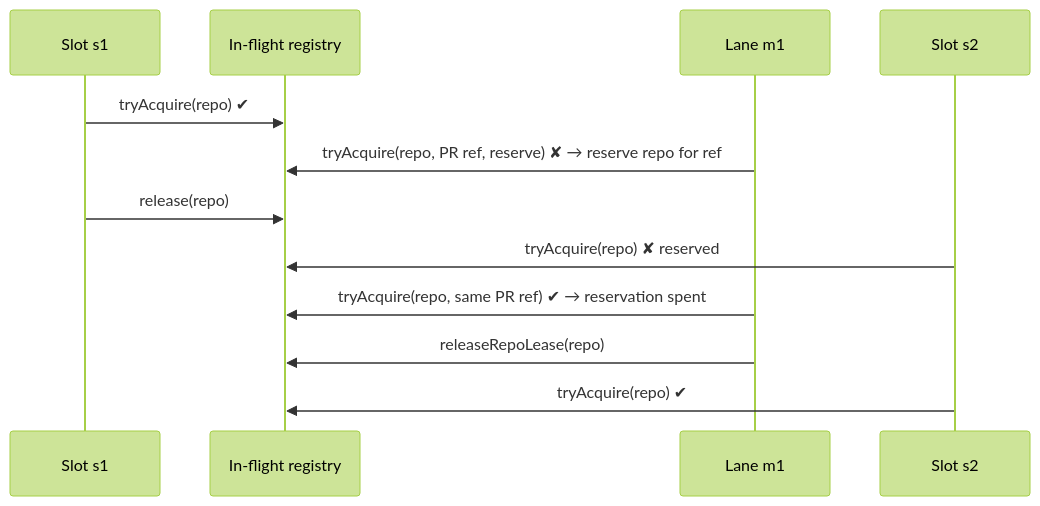
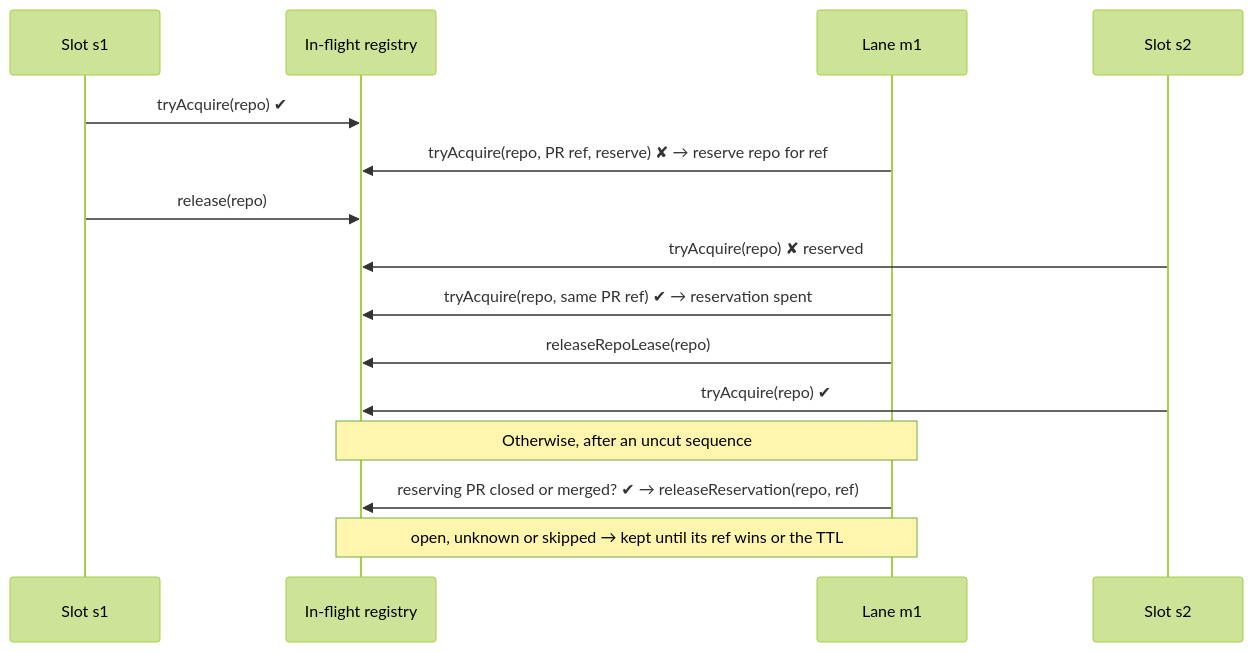
The fourth of 5 diagrams in docs/workflows/README.md (stSoftwareAU/VibeCoder), drawn with Mermaid (forest theme) before and after one commit. The commit also changed other lines of this file and 8 other files, not shown here.

````diff
--- a/docs/workflows/README.md
+++ b/docs/workflows/README.md
@@ -299,14 +303,17 @@
 ```mermaid
 sequenceDiagram
   participant S1 as Slot s1
   participant R as In-flight registry
   participant L as Lane m1
   participant S2 as Slot s2
   S1->>R: tryAcquire(repo) ✔
   L->>R: tryAcquire(repo, PR ref, reserve) ✘ → reserve repo for ref
   S1->>R: release(repo)
   S2->>R: tryAcquire(repo) ✘ reserved
   L->>R: tryAcquire(repo, same PR ref) ✔ → reservation spent
   L->>R: releaseRepoLease(repo)
   S2->>R: tryAcquire(repo) ✔
+  Note over L,R: Otherwise, after an uncut sequence
+  L->>R: reserving PR closed or merged? ✔ → releaseReservation(repo, ref)
+  Note over L,R: open, unknown or skipped → kept until its ref wins or the TTL
 ```
````
